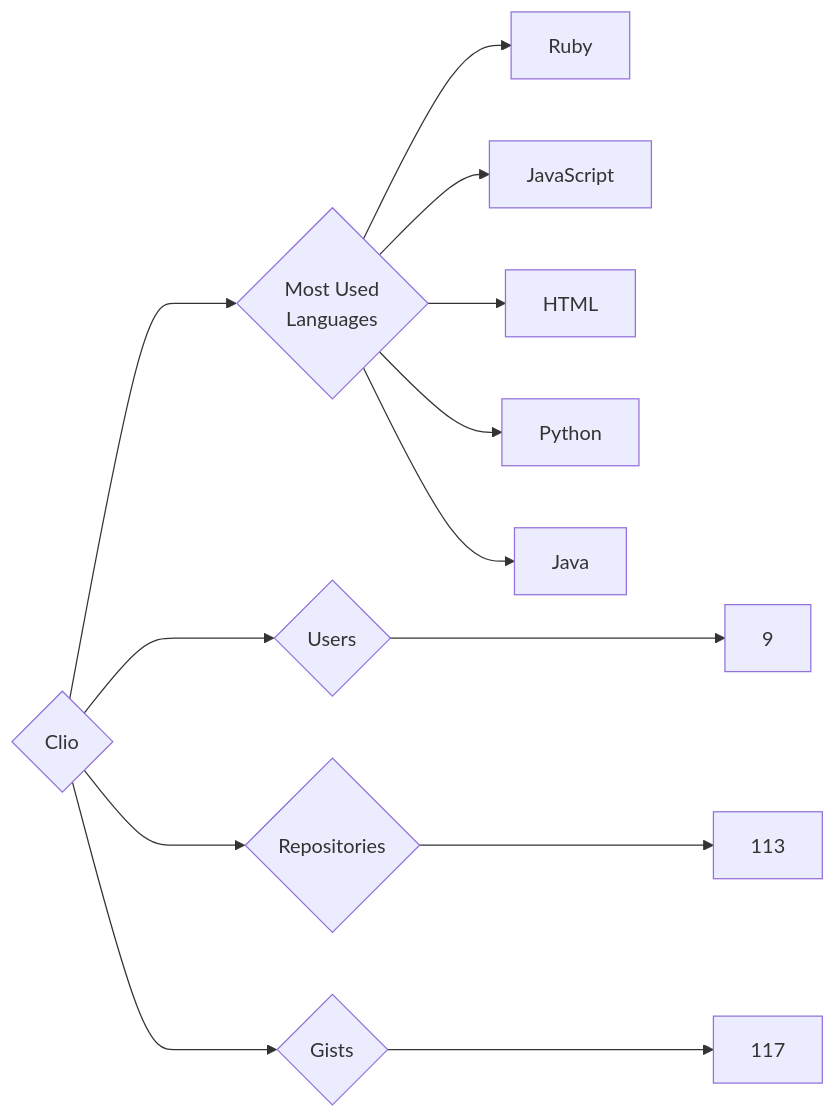
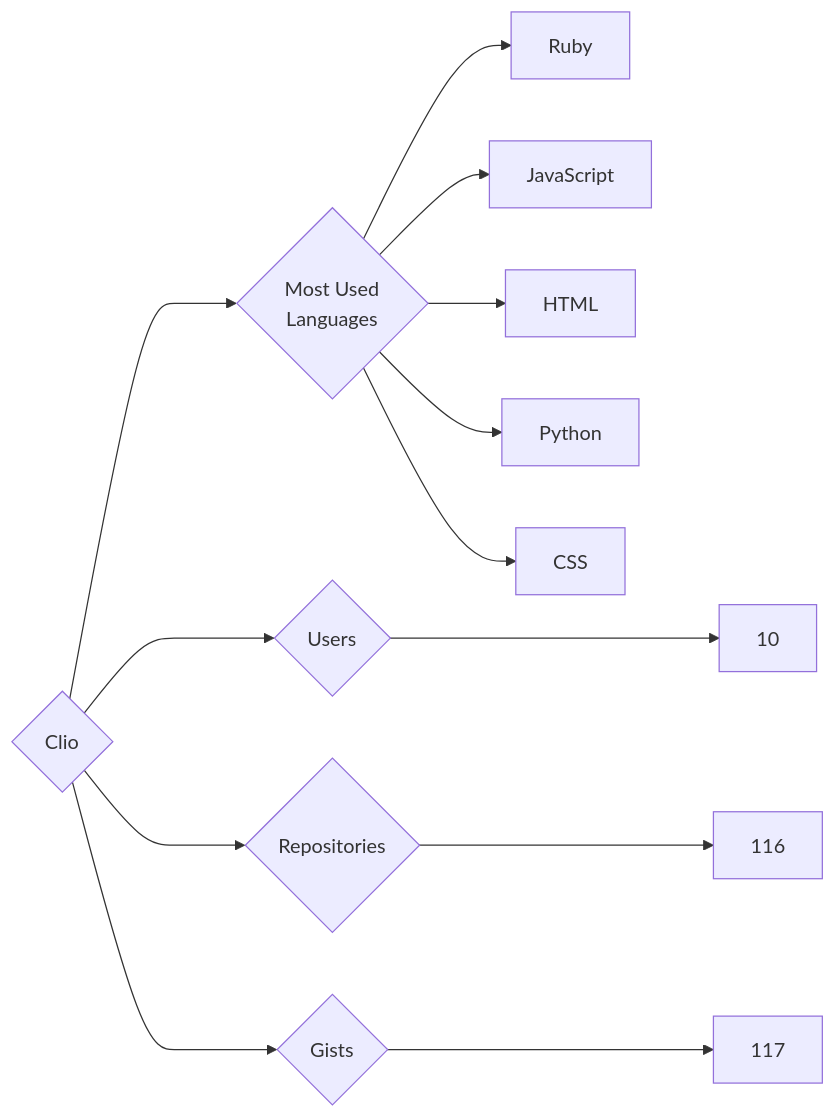
Before and after one commit to trickest/insiders: the diagram in targets/Clio/README.md, drawn with Mermaid. The commit also changed 1030 other files, not shown here.

````diff
--- a/targets/Clio/README.md
+++ b/targets/Clio/README.md
@@ -3,13 +3,13 @@
 ```mermaid
 graph LR
 COMPANY_NAME{Clio}
-COMPANY_NAME ---> U{Users} ---> UN[9]
-COMPANY_NAME ---> R{Repositories} ---> RN[113]
+COMPANY_NAME ---> U{Users} ---> UN[10]
+COMPANY_NAME ---> R{Repositories} ---> RN[116]
 COMPANY_NAME ---> G{Gists} ---> GN[117]
 COMPANY_NAME ---> ML{Most Used<br>Languages}
 ML --> Ruby[Ruby]
 ML --> JavaScript[JavaScript]
 ML --> HTML[HTML]
 ML --> Python[Python]
-ML --> Java[Java]
+ML --> CSS[CSS]
 ```
````
